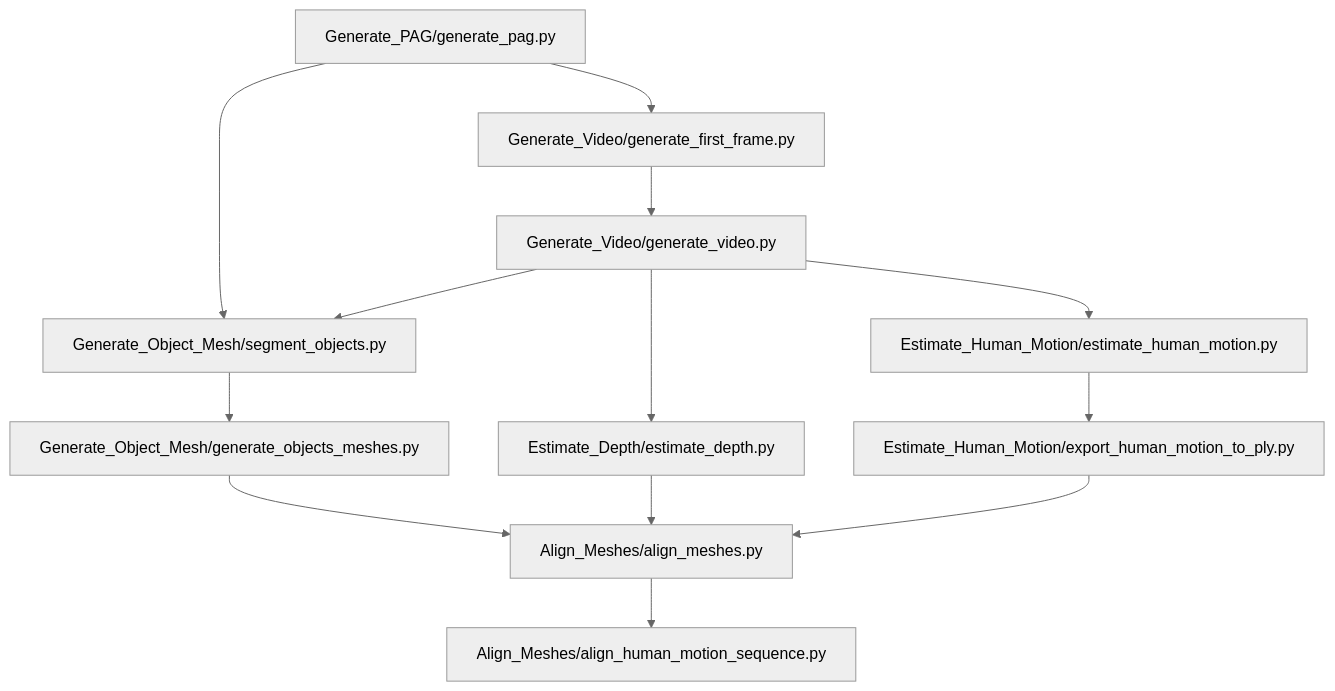
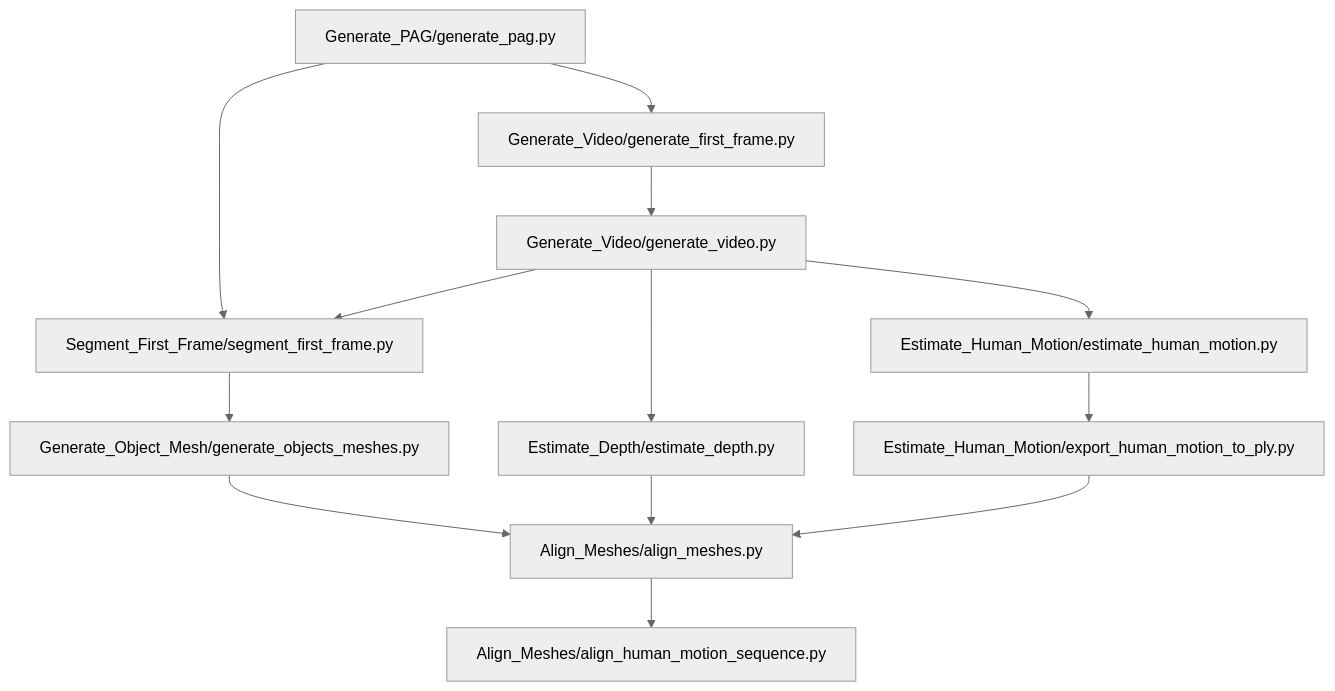
One commit to mumerabbasi/4DHOI changed the diagram in README.md. Above: the diagram before and after it, drawn with Mermaid (neutral theme). The commit also changed other lines of this file and 3 other files, not shown here.

````diff
--- a/README.md
+++ b/README.md
@@ -7,19 +7,19 @@
 ```mermaid
 flowchart TD
     A[Generate_PAG/generate_pag.py] --> B[Generate_Video/generate_first_frame.py]
     B --> C[Generate_Video/generate_video.py]
 
-    A --> D[Generate_Object_Mesh/segment_objects.py]
+    A --> D[Segment_First_Frame/segment_first_frame.py]
     C --> D
     D --> E[Generate_Object_Mesh/generate_objects_meshes.py]
 
     C --> F[Estimate_Depth/estimate_depth.py]
     C --> G[Estimate_Human_Motion/estimate_human_motion.py]
     G --> H[Estimate_Human_Motion/export_human_motion_to_ply.py]
 
     E --> I[Align_Meshes/align_meshes.py]
     F --> I
     H --> I
 
     I --> J[Align_Meshes/align_human_motion_sequence.py]
 ```
````
